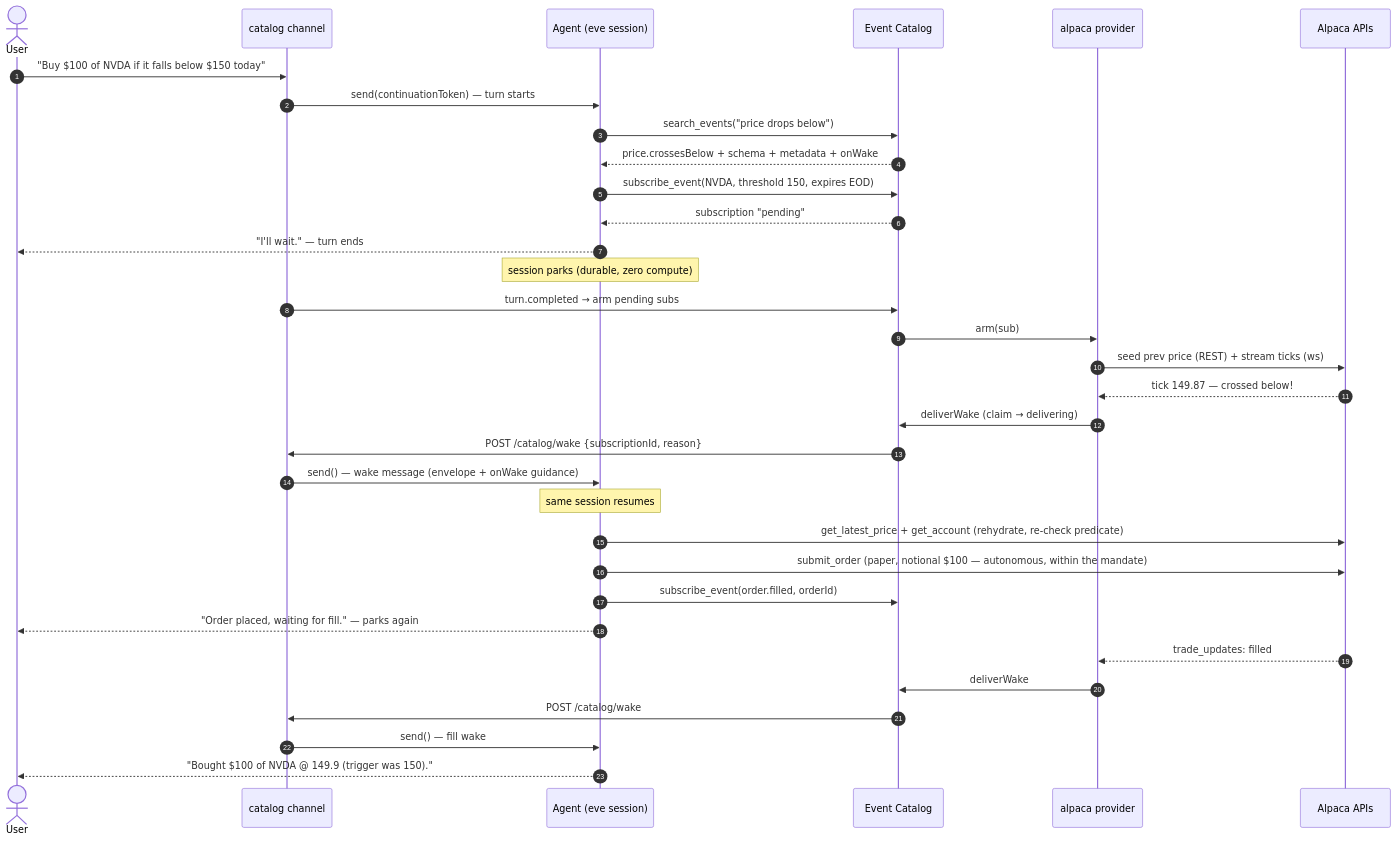
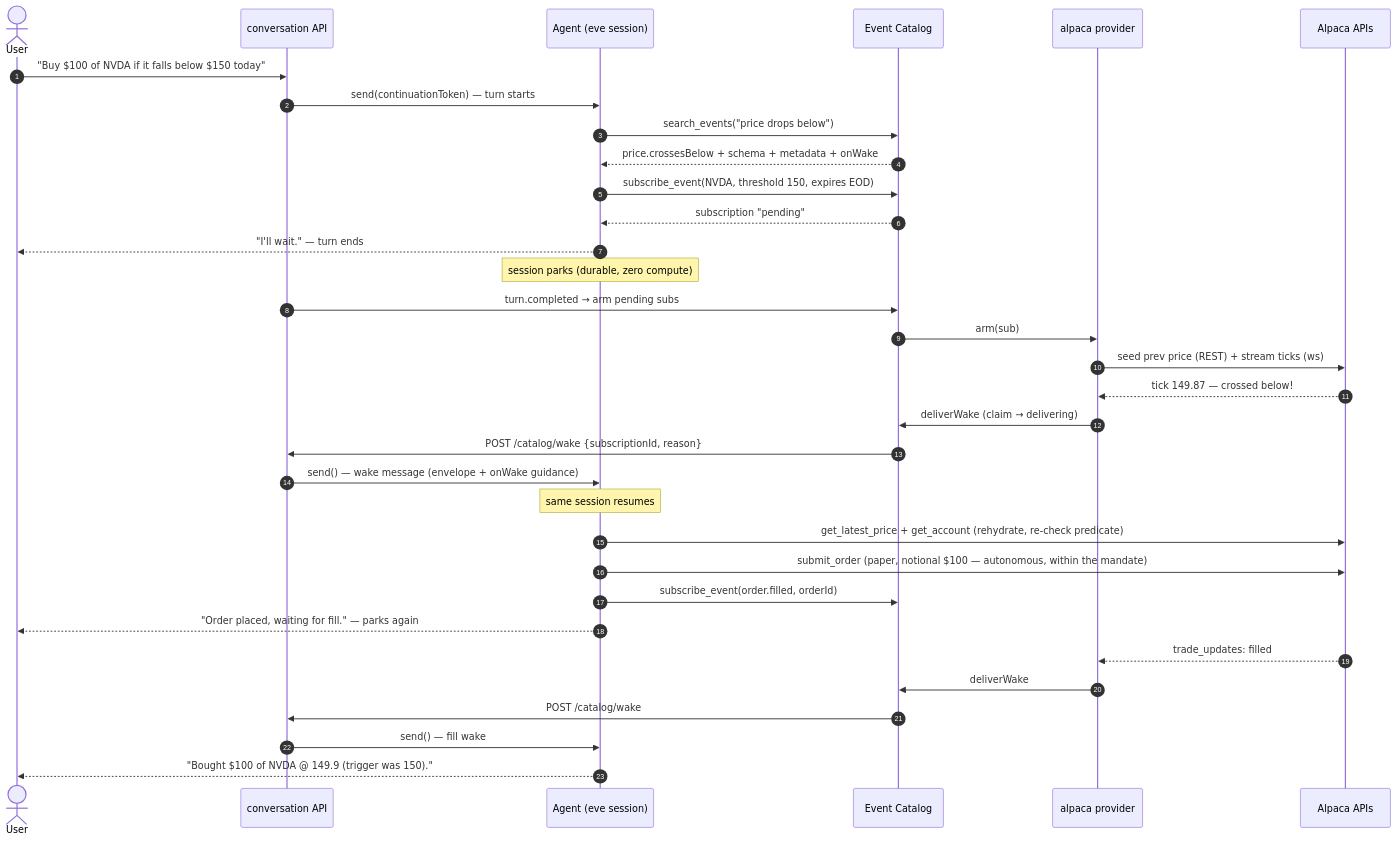
The third of 4 diagrams in README.md (pcomans/eve-event-catalog), drawn with Mermaid before and after one commit. The commit also changed other lines of this file and 1 other file, not shown here.

Commit message:
README: de-jargon 'channel' — /catalog/chat is just how you talk to the agent; sweep stale approval refs

````diff
--- a/README.md
+++ b/README.md
@@ -134,36 +133,36 @@
 ```mermaid
 sequenceDiagram
     autonumber
     actor U as User
-    participant CH as catalog channel
+    participant CH as conversation API
     participant A as Agent (eve session)
     participant C as Event Catalog
     participant P as alpaca provider
     participant X as Alpaca APIs
 
     U->>CH: "Buy $100 of NVDA if it falls below $150 today"
     CH->>A: send(continuationToken) — turn starts
     A->>C: search_events("price drops below")
     C-->>A: price.crossesBelow + schema + metadata + onWake
     A->>C: subscribe_event(NVDA, threshold 150, expires EOD)
     C-->>A: subscription "pending"
     A-->>U: "I'll wait." — turn ends
     Note over A: session parks (durable, zero compute)
     CH->>C: turn.completed → arm pending subs
     C->>P: arm(sub)
     P->>X: seed prev price (REST) + stream ticks (ws)
     X-->>P: tick 149.87 — crossed below!
     P->>C: deliverWake (claim → delivering)
     C->>CH: POST /catalog/wake {subscriptionId, reason}
     CH->>A: send() — wake message (envelope + onWake guidance)
     Note over A: same session resumes
     A->>X: get_latest_price + get_account (rehydrate, re-check predicate)
     A->>X: submit_order (paper, notional $100 — autonomous, within the mandate)
     A->>C: subscribe_event(order.filled, orderId)
     A-->>U: "Order placed, waiting for fill." — parks again
     X-->>P: trade_updates: filled
     P->>C: deliverWake
     C->>CH: POST /catalog/wake
     CH->>A: send() — fill wake
     A-->>U: "Bought $100 of NVDA @ 149.9 (trigger was 150)."
 ```
````
